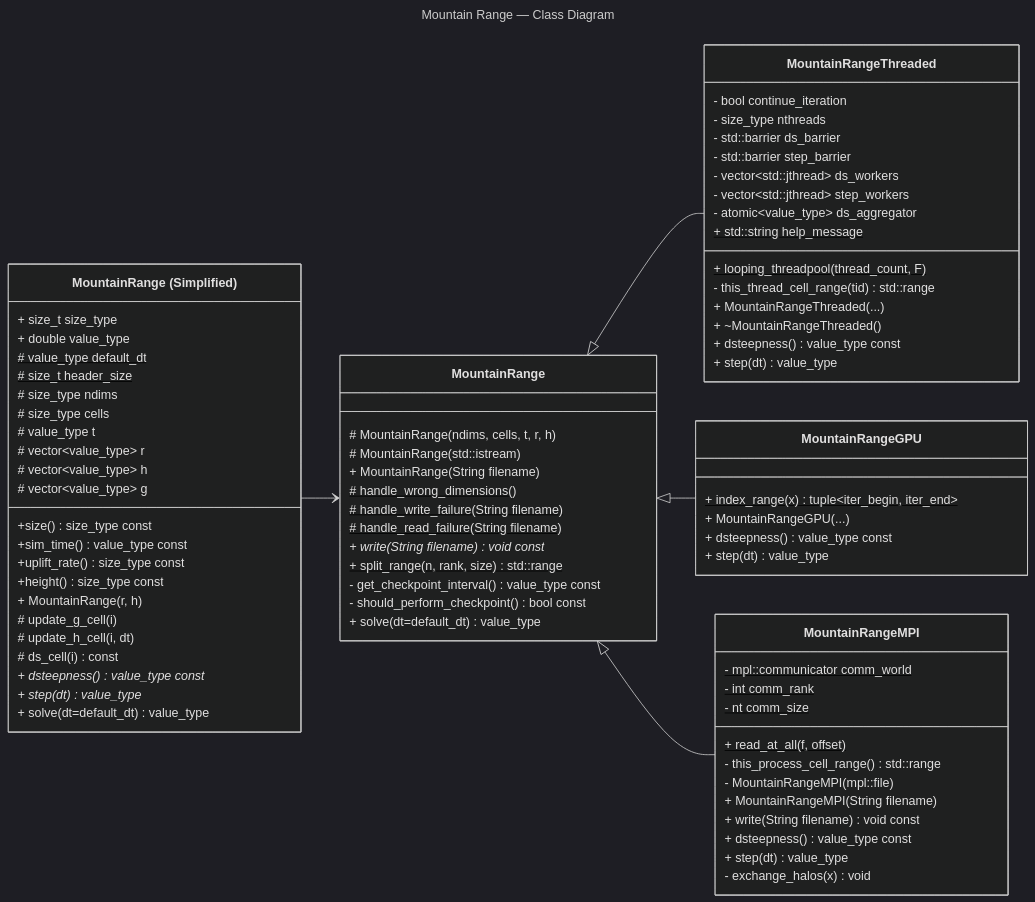
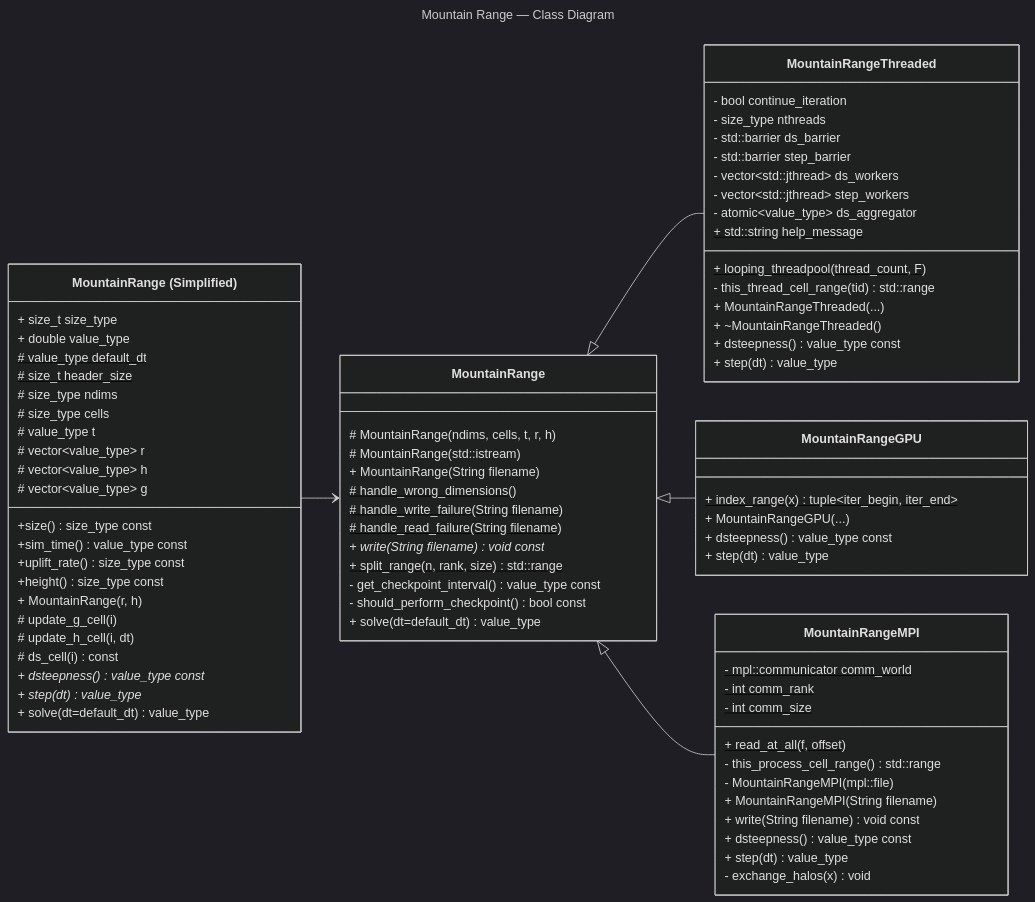
One commit to BYUHPC/sci-comp-course-example-cxx changed the diagram in docs/MountainRange-class-diagram.md. Above: the diagram before and after it, drawn with Mermaid (dark theme). The commit also changed other lines of this file, not shown here.

Commit message:
Update MountainRange-class-diagram.md Add introduction section

```diff
--- a/docs/MountainRange-class-diagram.md
+++ b/docs/MountainRange-class-diagram.md
@@ -122,7 +143,7 @@
     %% These are unique to each worker since each is in a separate process
     - mpl::communicator comm_world$
     - int comm_rank$
-    - nt comm_size$
+    - int comm_size$
 
     %% Constructors
     - MountainRangeMPI(mpl::file)
```
